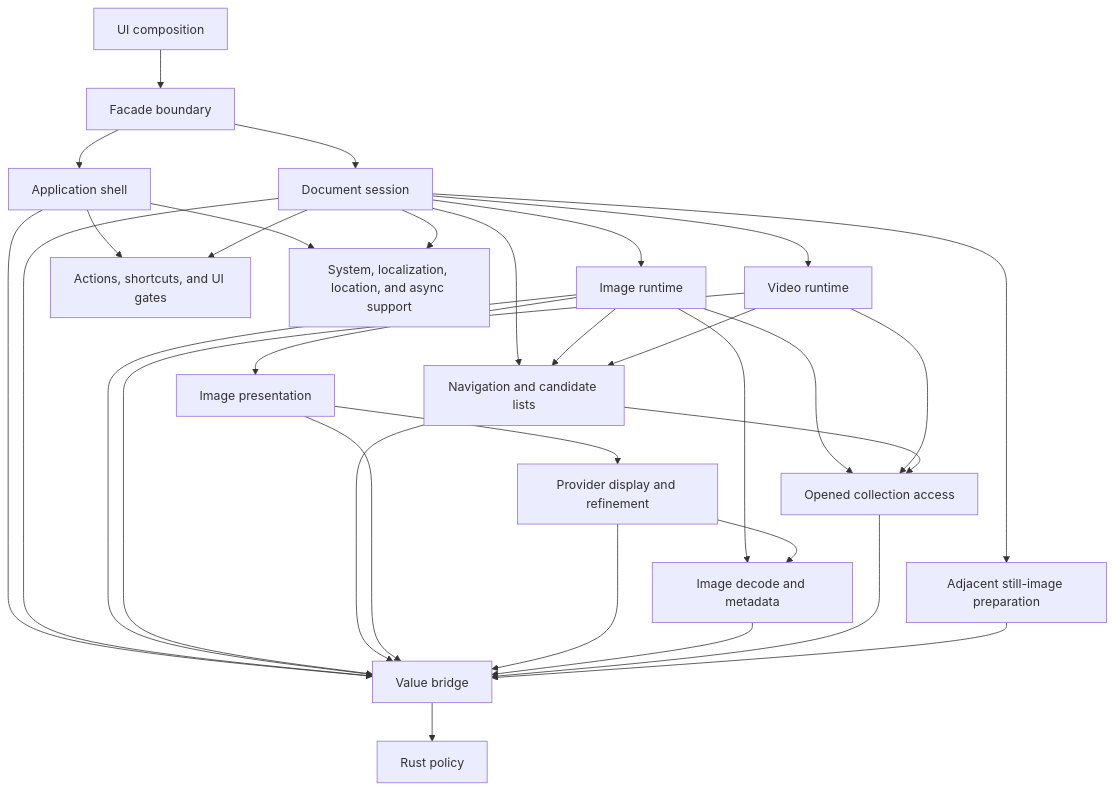
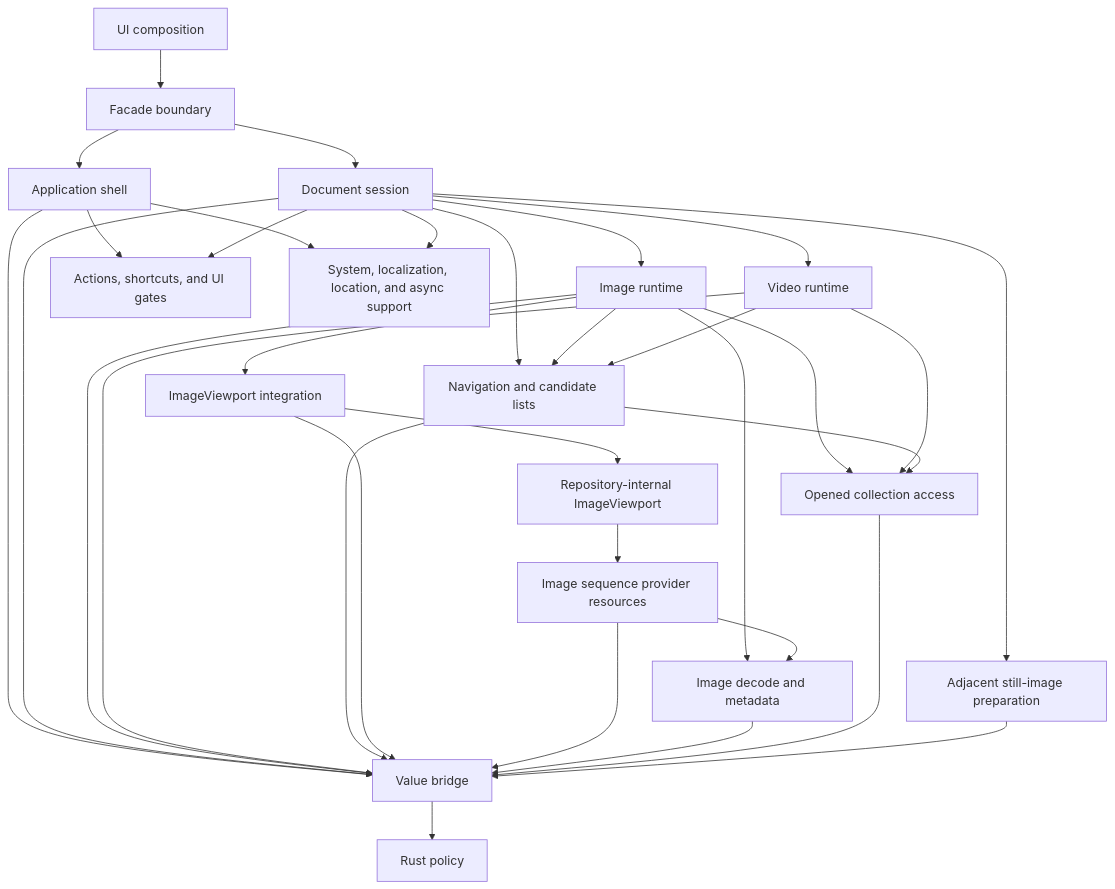
Before and after one commit to hnjae/kiriview: the second of 2 diagrams in app/docs/architecture/overview.md, drawn with Mermaid. The commit also changed other lines of this file and 51 other files, not shown here.

First line of the commit message:
docs: define internal integration contract

````diff
--- a/app/docs/architecture/overview.md
+++ b/app/docs/architecture/overview.md
@@ -30,51 +30,53 @@
 ```mermaid
 flowchart TD
     UI["UI composition"]
     Facade["Facade boundary"]
     Shell["Application shell"]
     Session["Document session"]
     Image["Image runtime"]
     Video["Video runtime"]
     Navigation["Navigation and candidate lists"]
-    Presentation["Image presentation"]
-    Rendering["Provider display and refinement"]
+    Integration["ImageViewport integration"]
+    Viewport["Repository-internal ImageViewport"]
+    Provider["Image sequence provider resources"]
     Decoding["Image decode and metadata"]
     Collections["Opened collection access"]
     Predecode["Adjacent still-image preparation"]
     Actions["Actions, shortcuts, and UI gates"]
     System["System, localization, location, and async support"]
     Bridge["Value bridge"]
     Policy["Rust policy"]
 
     UI --> Facade
     Facade --> Shell
     Facade --> Session
     Shell --> Actions
     Shell --> System
     Session --> Image
     Session --> Video
     Session --> Navigation
     Session --> Predecode
     Session --> Actions
     Session --> System
     Image --> Navigation
-    Image --> Presentation
+    Image --> Integration
     Image --> Decoding
     Image --> Collections
-    Presentation --> Rendering
-    Rendering --> Decoding
+    Integration --> Viewport
+    Viewport --> Provider
+    Provider --> Decoding
     Video --> Navigation
     Video --> Collections
     Navigation --> Collections
     Shell --> Bridge
     Session --> Bridge
     Image --> Bridge
     Video --> Bridge
     Navigation --> Bridge
-    Presentation --> Bridge
-    Rendering --> Bridge
+    Integration --> Bridge
+    Provider --> Bridge
     Decoding --> Bridge
     Collections --> Bridge
     Predecode --> Bridge
     Bridge --> Policy
 ```
````
